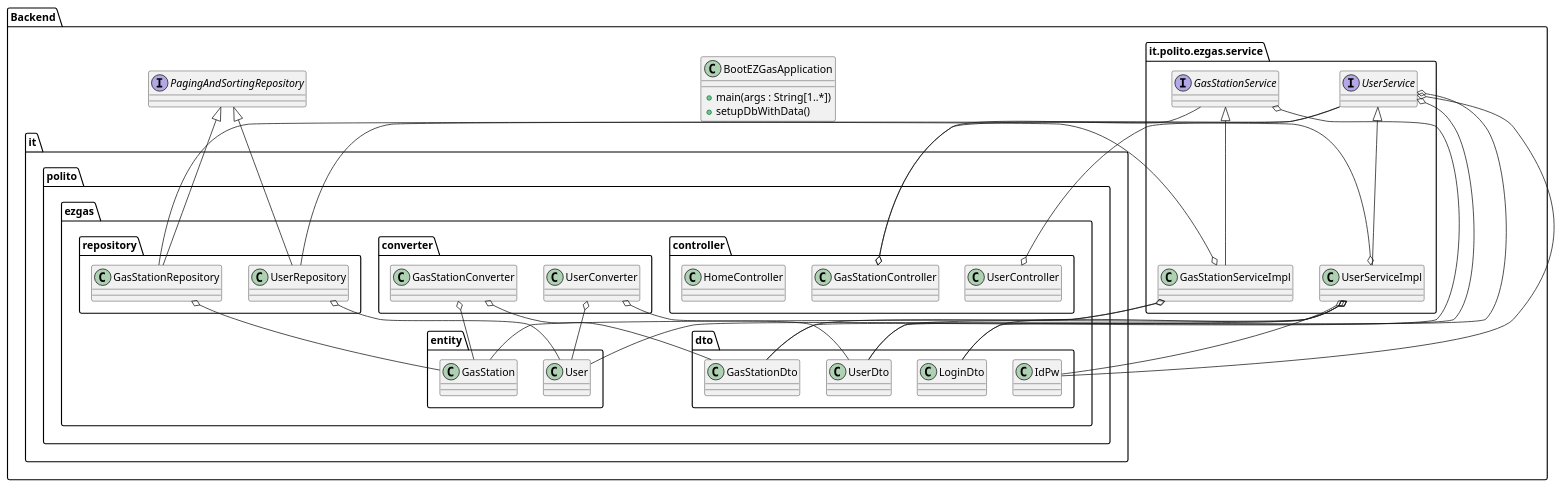
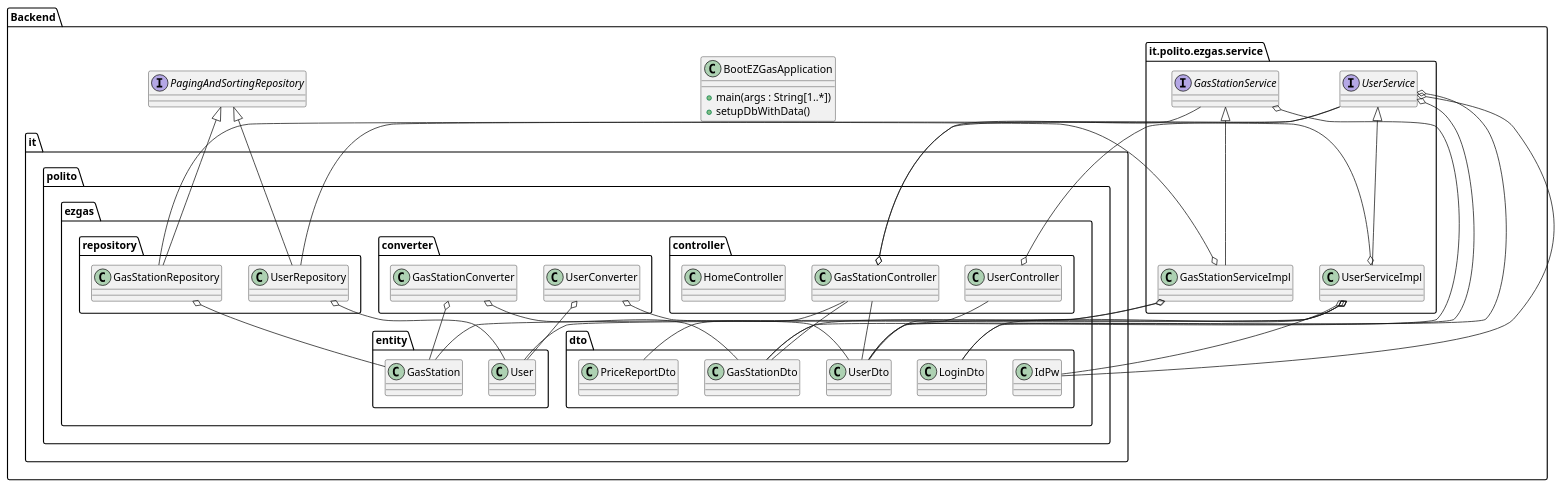
The tenth of 13 diagrams in docs/DesignDocument.md (lucarinelli/ezgas), drawn with PlantUML before and after one commit. The commit also changed other lines of this file, not shown here.

```diff
--- a/docs/DesignDocument.md
+++ b/docs/DesignDocument.md
@@ -578,6 +591,8 @@
         
         class IdPw{
         }
+        class PriceReportDto{
+        }
     }
     
     package "it.polito.ezgas.entity" {
@@ -612,7 +627,11 @@
 GasStationService <|-- GasStationServiceImpl
 GasStationController o-- GasStationService
 GasStationController o-- UserService
+GasStationController -- PriceReportDto
+GasStationController -- GasStationDto
+GasStationController -- UserDto
 UserController o-- UserService
+UserController -- UserDto
 UserServiceImpl o-- UserRepository
 GasStationServiceImpl o-- GasStationRepository
 
```
